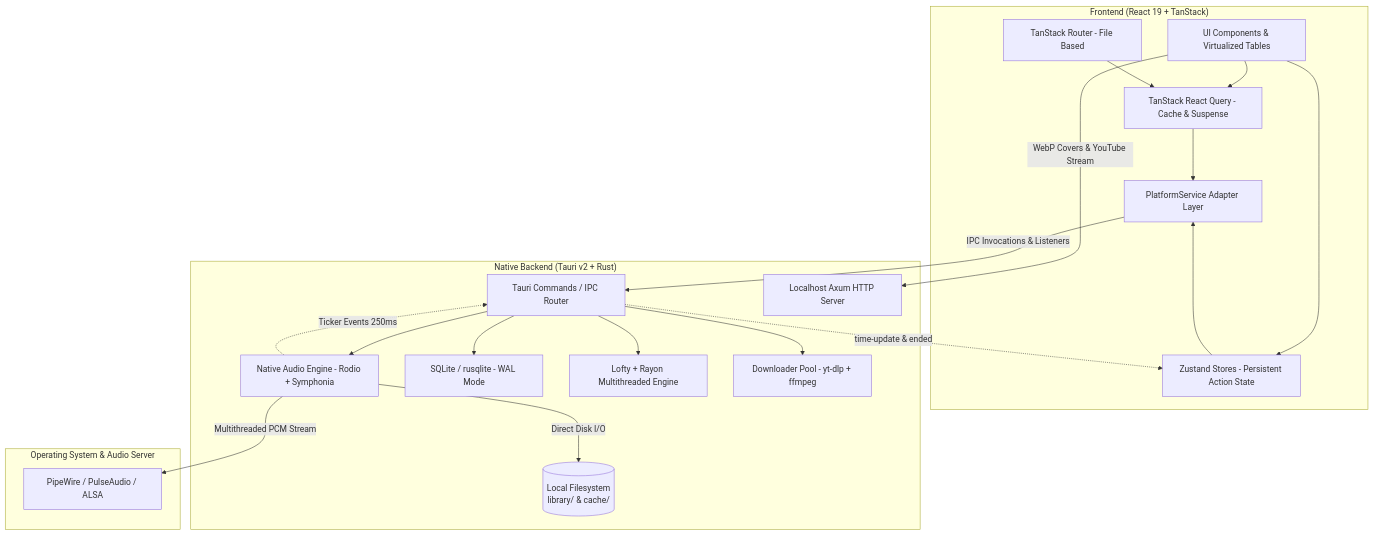
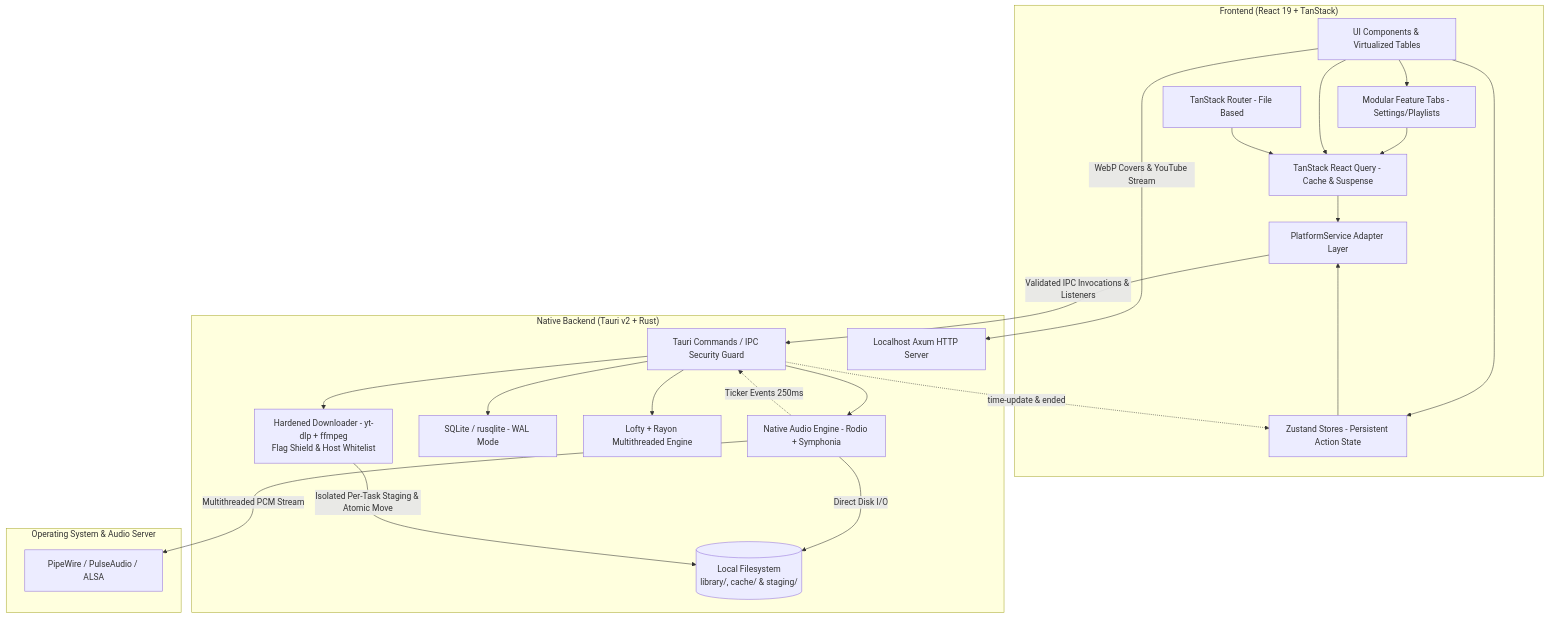
Before and after one commit to miguedev1047/ongaku: the diagram in docs/en/benchmarks.md, drawn with Mermaid. The commit also changed other lines of this file and 29 other files, not shown here.

Commit message:
refactor(settings): reorganize components into modular tabs and update docs

````diff
--- a/docs/en/benchmarks.md
+++ b/docs/en/benchmarks.md
@@ -11,40 +11,44 @@
 ```mermaid
 graph TD
     subgraph Frontend ["Frontend (React 19 + TanStack)"]
         UI[UI Components & Virtualized Tables]
+        TABS[Modular Feature Tabs - Settings/Playlists]
         TR[TanStack Router - File Based]
         TQ[TanStack React Query - Cache & Suspense]
         ZS[Zustand Stores - Persistent Action State]
         ADAPT[PlatformService Adapter Layer]
     end
 
     subgraph Backend ["Native Backend (Tauri v2 + Rust)"]
-        CMD[Tauri Commands / IPC Router]
+        CMD[Tauri Commands / IPC Security Guard]
         RODIO[Native Audio Engine - Rodio + Symphonia]
         AXUM[Localhost Axum HTTP Server]
         SQL[SQLite / rusqlite - WAL Mode]
         META[Lofty + Rayon Multithreaded Engine]
-        POOL[Downloader Pool - yt-dlp + ffmpeg]
-        FS[("Local Filesystem\nlibrary/ & cache/")]
+        POOL[Hardened Downloader - yt-dlp + ffmpeg\nFlag Shield & Host Whitelist]
+        FS[("Local Filesystem\nlibrary/, cache/ & staging/")]
     end
 
     subgraph OS ["Operating System & Audio Server"]
         AUDIO[PipeWire / PulseAudio / ALSA]
     end
 
+    UI --> TABS
+    TABS --> TQ
     UI --> TQ
     UI --> ZS
     TR --> TQ
     TQ --> ADAPT
     ZS --> ADAPT
-    ADAPT -->|IPC Invocations & Listeners| CMD
+    ADAPT -->|Validated IPC Invocations & Listeners| CMD
     UI -->|WebP Covers & YouTube Stream| AXUM
     CMD --> RODIO
     CMD --> SQL
     CMD --> META
     CMD --> POOL
     RODIO -->|Direct Disk I/O| FS
+    POOL -->|Isolated Per-Task Staging & Atomic Move| FS
     RODIO -->|Multithreaded PCM Stream| AUDIO
     RODIO -.->|Ticker Events 250ms| CMD
     CMD -.->|time-update & ended| ZS
 ```
````
